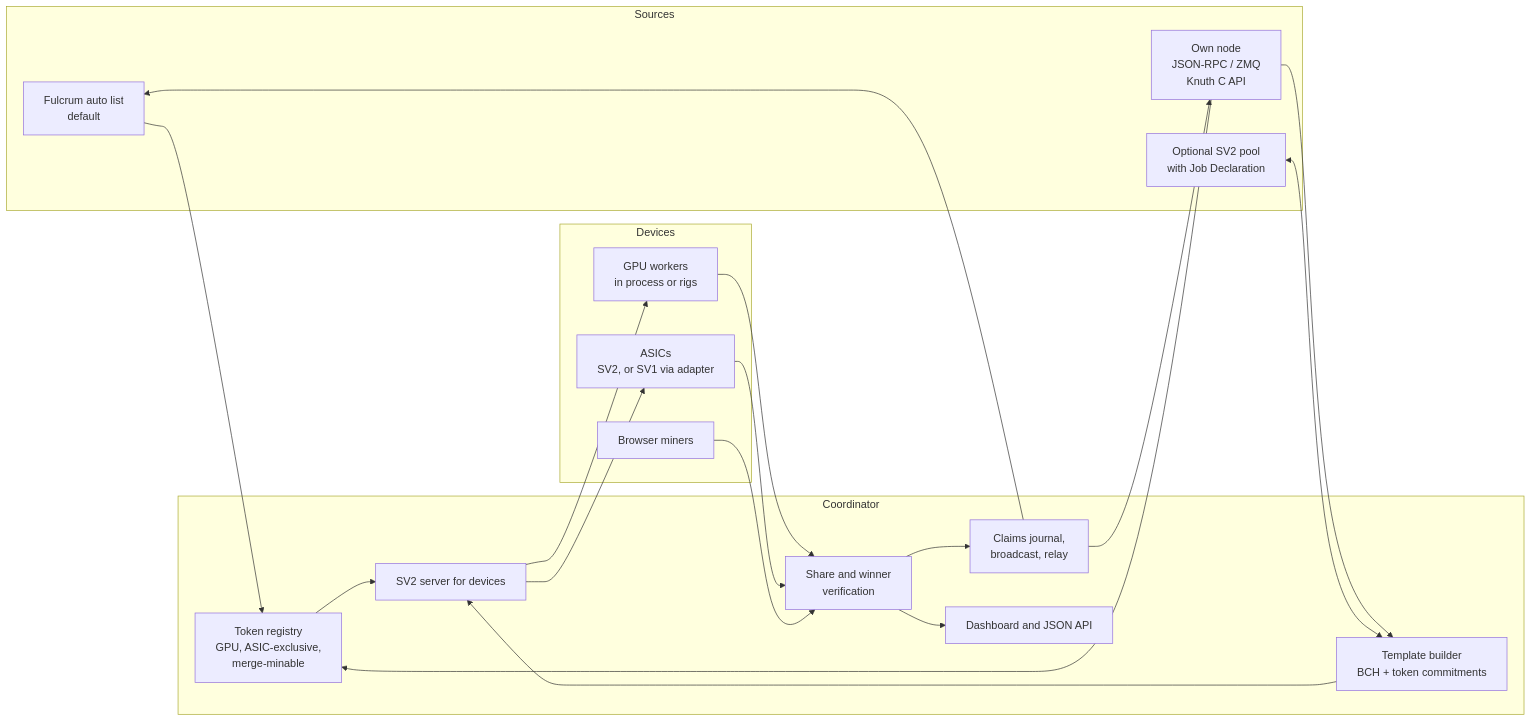
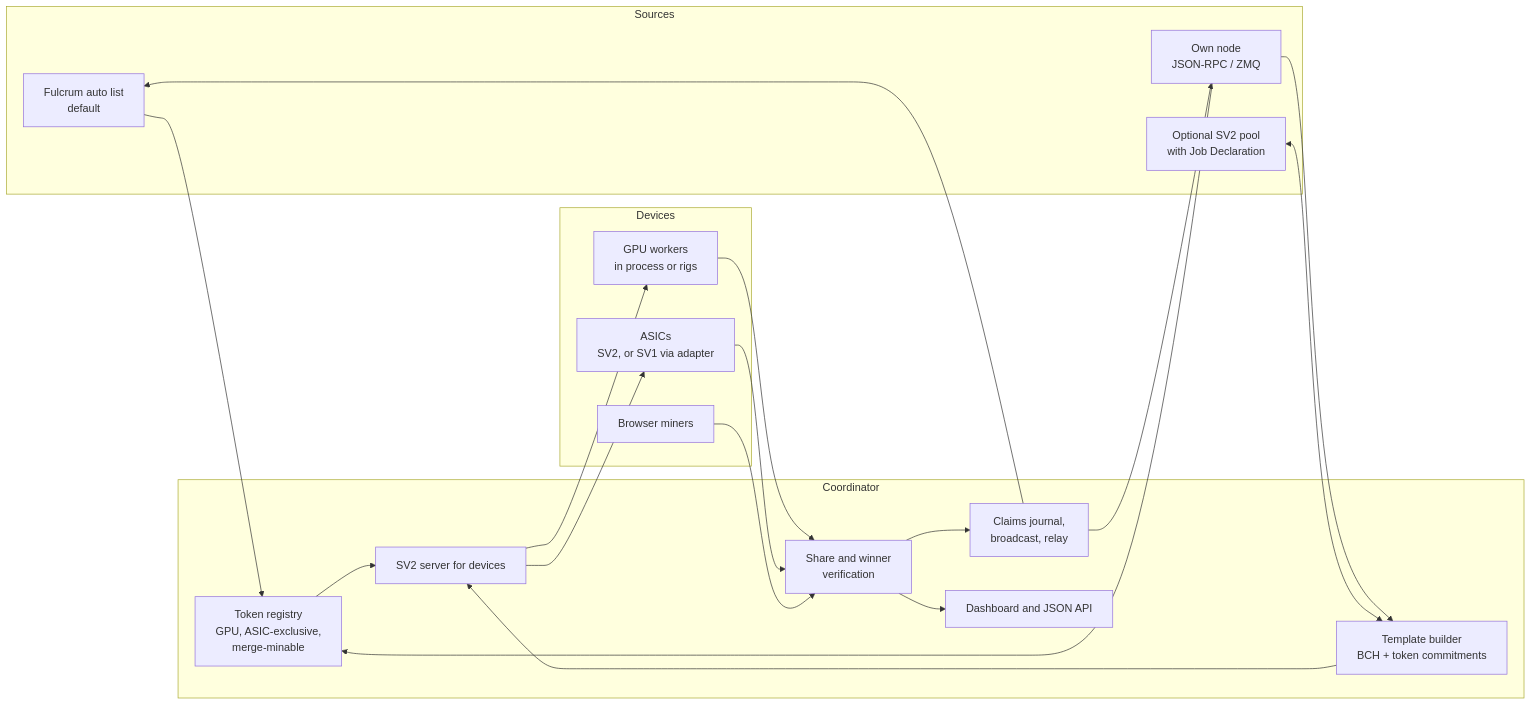
The diagram in docs/architecture.md (CyberAshven/pickaxe-miner), drawn with Mermaid before and after one commit. The commit also changed other lines of this file and 9 other files, not shown here.

````diff
--- a/docs/architecture.md
+++ b/docs/architecture.md
@@ -83,36 +83,36 @@
 ```mermaid
 flowchart LR
   subgraph Sources
     F[Fulcrum auto list<br/>default]
-    N[Own node<br/>JSON-RPC / ZMQ<br/>Knuth C API]
+    N[Own node<br/>JSON-RPC / ZMQ]
     P[Optional SV2 pool<br/>with Job Declaration]
   end
   subgraph Coordinator
     T[Template builder<br/>BCH + token commitments]
     R[Token registry<br/>GPU, ASIC-exclusive,<br/>merge-minable]
     V[Share and winner<br/>verification]
     C[Claims journal,<br/>broadcast, relay]
     D[Dashboard and JSON API]
     S[SV2 server for devices]
   end
   subgraph Devices
     G[GPU workers<br/>in process or rigs]
     A[ASICs<br/>SV2, or SV1 via adapter]
     B[Browser miners]
   end
   F --> R
   N --> T
   N --> R
   P <--> T
   T --> S
   R --> S
   S --> G
   S --> A
   G --> V
   A --> V
   B --> V
   V --> C
   C --> F
   C --> N
   V --> D
 ```
````
